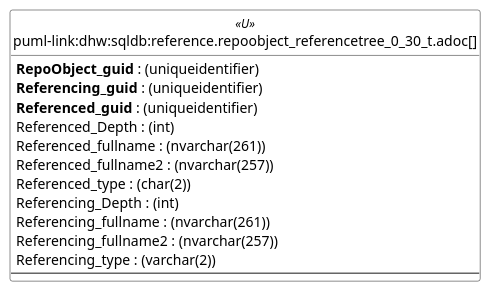
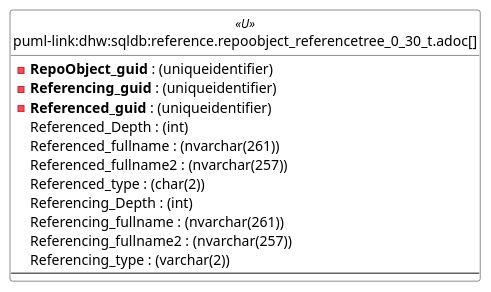
Before and after one commit to DataHandwerk/dhw-antora-sqldb: the first of 6 diagrams in docs/modules/sqldb/partials/content/reference.repoobject_referencetree_0_30_t.adoc, drawn with PlantUML. The commit also changed other lines of this file and 641 other files, not shown here.

```diff
--- a/docs/modules/sqldb/partials/content/reference.repoobject_referencetree_0_30_t.adoc
+++ b/docs/modules/sqldb/partials/content/reference.repoobject_referencetree_0_30_t.adoc
@@ -735,44 +735,44 @@
 [plantuml, entity-{docname}, svg, subs=macros]
 ....
 'Left to right direction
 top to bottom direction
 hide circle
 'avoide "." issues:
 set namespaceSeparator none
 
 
 skinparam class {
   BackgroundColor White
   BackgroundColor<<FN>> Yellow
   BackgroundColor<<FS>> Yellow
   BackgroundColor<<FT>> LightGray
   BackgroundColor<<IF>> Yellow
   BackgroundColor<<IS>> Yellow
   BackgroundColor<<P>>  Aqua
   BackgroundColor<<PC>> Aqua
   BackgroundColor<<SN>> Yellow
   BackgroundColor<<SO>> SlateBlue
   BackgroundColor<<TF>> LightGray
   BackgroundColor<<TR>> Tomato
   BackgroundColor<<U>>  White
   BackgroundColor<<V>>  WhiteSmoke
   BackgroundColor<<X>>  Aqua
   BackgroundColor<<external>> AliceBlue
 }
 
 
 entity "puml-link:dhw:sqldb:reference.repoobject_referencetree_0_30_t.adoc[]" as reference.RepoObject_ReferenceTree_0_30_T << U >> {
-  **RepoObject_guid** : (uniqueidentifier)
-  **Referencing_guid** : (uniqueidentifier)
-  **Referenced_guid** : (uniqueidentifier)
+  - **RepoObject_guid** : (uniqueidentifier)
+  - **Referencing_guid** : (uniqueidentifier)
+  - **Referenced_guid** : (uniqueidentifier)
   Referenced_Depth : (int)
   Referenced_fullname : (nvarchar(261))
   Referenced_fullname2 : (nvarchar(257))
   Referenced_type : (char(2))
   Referencing_Depth : (int)
   Referencing_fullname : (nvarchar(261))
   Referencing_fullname2 : (nvarchar(257))
   Referencing_type : (varchar(2))
   --
 }
 ....
```
